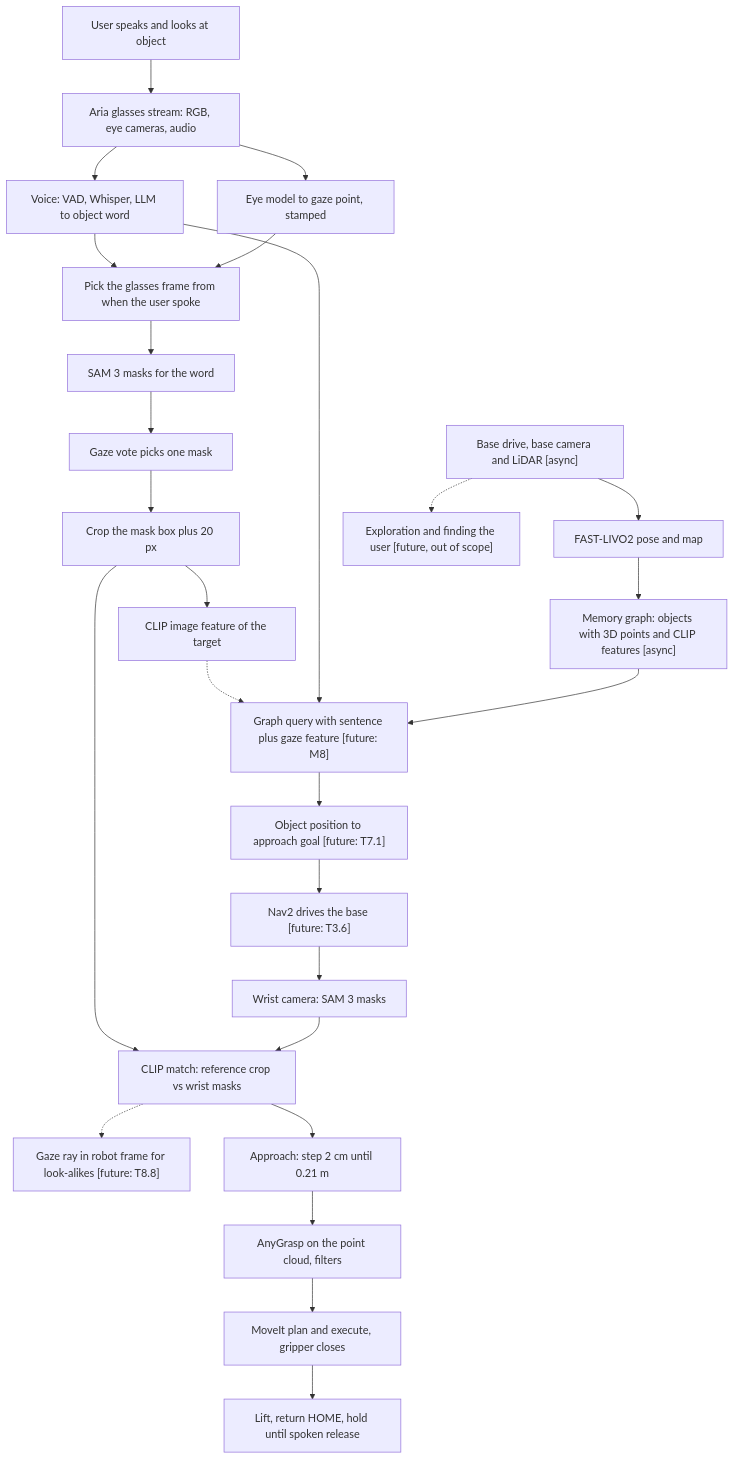
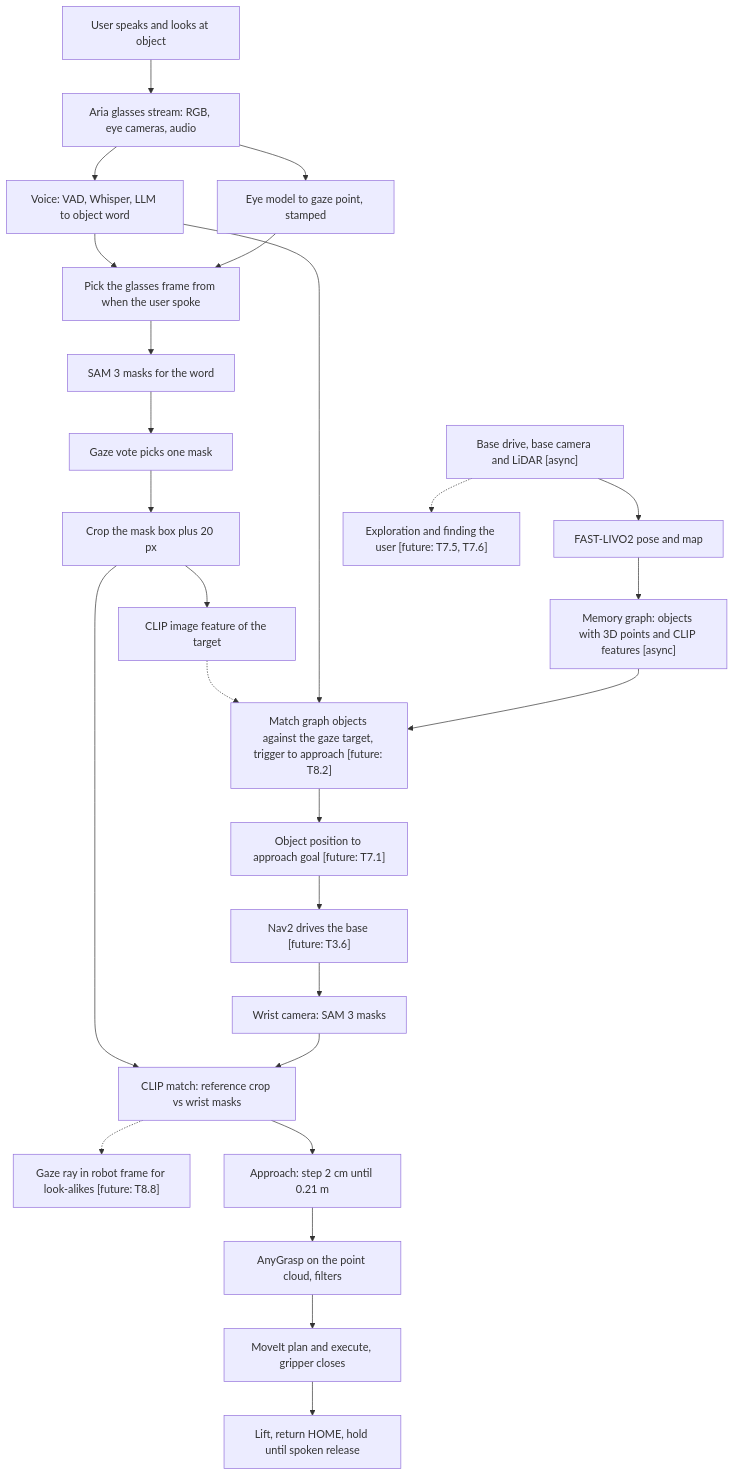
Before and after one commit to dionyichia/Gappler: the second of 3 diagrams in docs/COMBINED_PROGRESS_REPORT_2026-10.md, drawn with Mermaid. The commit also changed other lines of this file and 5 other files, not shown here.

````diff
--- a/docs/COMBINED_PROGRESS_REPORT_2026-10.md
+++ b/docs/COMBINED_PROGRESS_REPORT_2026-10.md
@@ -450,30 +464,30 @@
 ```mermaid
 flowchart TD
   U["User speaks and looks at object"] --> AR["Aria glasses stream: RGB, eye cameras, audio"]
   AR --> V["Voice: VAD, Whisper, LLM to object word"]
   AR --> G["Eye model to gaze point, stamped"]
   V --> SEL["Pick the glasses frame from when the user spoke"]
   G --> SEL
   SEL --> SAM1["SAM 3 masks for the word"]
   SAM1 --> GP["Gaze vote picks one mask"]
   GP --> CROP["Crop the mask box plus 20 px"]
   CROP --> EMB["CLIP image feature of the target"]
 
   BASE["Base drive, base camera and LiDAR [async]"] --> LOC["FAST-LIVO2 pose and map"]
   LOC --> MG["Memory graph: objects with 3D points and CLIP features [async]"]
-  BASE -.-> EXP["Exploration and finding the user [future, out of scope]"]
+  BASE -.-> EXP["Exploration and finding the user [future: T7.5, T7.6]"]
 
-  EMB -.-> Q["Graph query with sentence plus gaze feature [future: M8]"]
+  EMB -.-> Q["Match graph objects against the gaze target, trigger to approach [future: T8.2]"]
   V --> Q
   MG --> Q
   Q --> GOAL["Object position to approach goal [future: T7.1]"]
   GOAL --> NAV["Nav2 drives the base [future: T3.6]"]
   NAV --> WR["Wrist camera: SAM 3 masks"]
   CROP --> MATCH["CLIP match: reference crop vs wrist masks"]
   WR --> MATCH
   MATCH -.-> GEO["Gaze ray in robot frame for look-alikes [future: T8.8]"]
   MATCH --> APP["Approach: step 2 cm until 0.21 m"]
   APP --> AG["AnyGrasp on the point cloud, filters"]
   AG --> MV["MoveIt plan and execute, gripper closes"]
   MV --> DONE["Lift, return HOME, hold until spoken release"]
 ```
````
